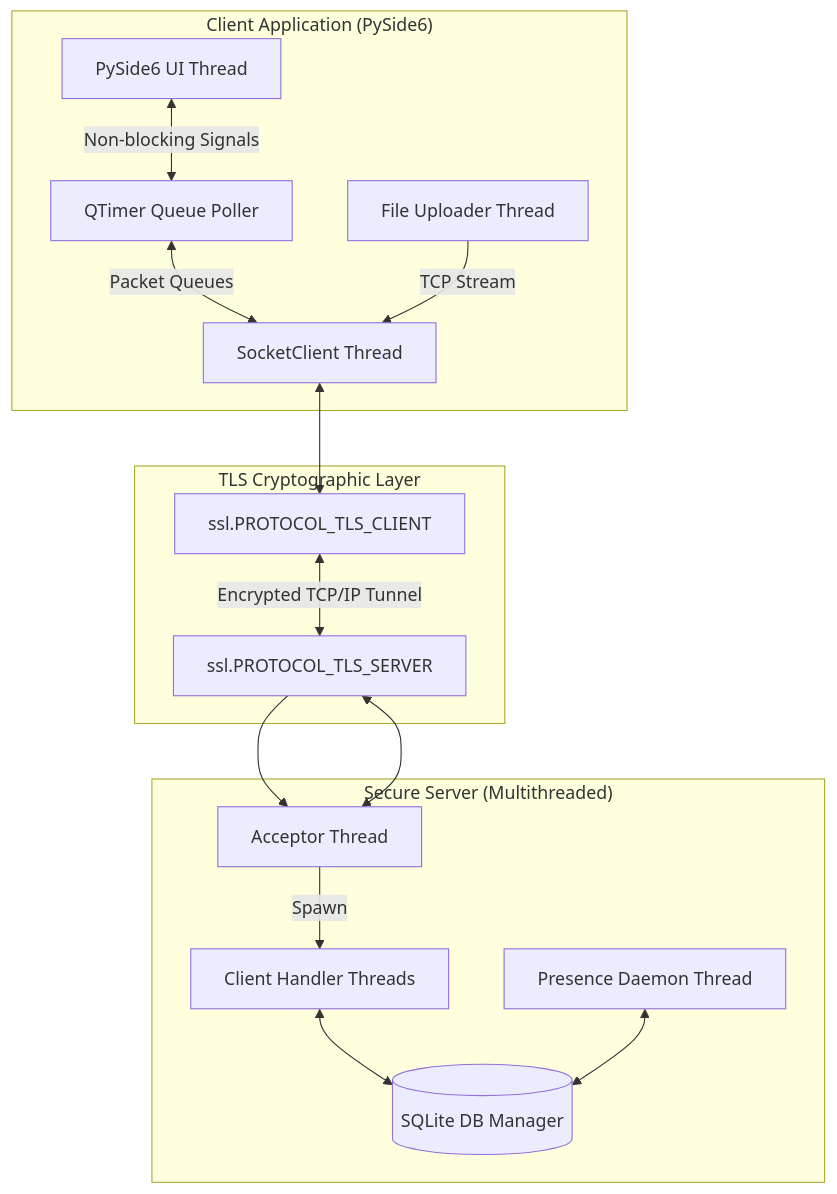
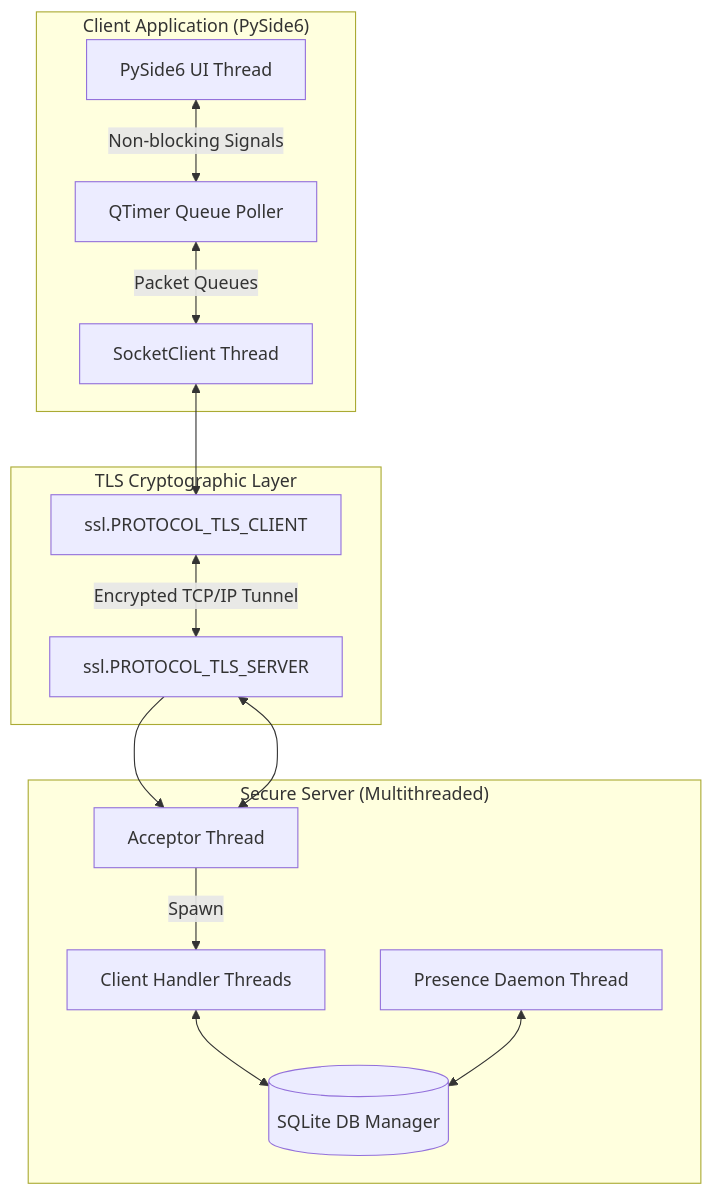
Before and after one commit to beingnayem/tcp-chatroom: the first of 3 diagrams in README.md, drawn with Mermaid. The commit also changed other lines of this file, not shown here.

````diff
--- a/README.md
+++ b/README.md
@@ -11,34 +11,32 @@
 ```mermaid
 graph TD
     subgraph "Client Application (PySide6)"
         GUI[PySide6 UI Thread]
         QueueTimer[QTimer Queue Poller]
         ClientSock[SocketClient Thread]
-        Uploader[File Uploader Thread]
         
         GUI <-->|Non-blocking Signals| QueueTimer
         QueueTimer <-->|Packet Queues| ClientSock
-        Uploader -->|TCP Stream| ClientSock
     end
 
     subgraph "TLS Cryptographic Layer"
         TLSClient[ssl.PROTOCOL_TLS_CLIENT]
         TLSServer[ssl.PROTOCOL_TLS_SERVER]
         TLSClient <-->|Encrypted TCP/IP Tunnel| TLSServer
     end
 
     subgraph "Secure Server (Multithreaded)"
         Acceptor[Acceptor Thread]
         Handler[Client Handler Threads]
         Presence[Presence Daemon Thread]
         SQLite[(SQLite DB Manager)]
 
         TLSServer --> Acceptor
         Acceptor -->|Spawn| Handler
         Handler <--> SQLite
         Presence <--> SQLite
     end
 
     ClientSock <--> TLSClient
     TLSServer <--> Acceptor
-  ```
+```
````
